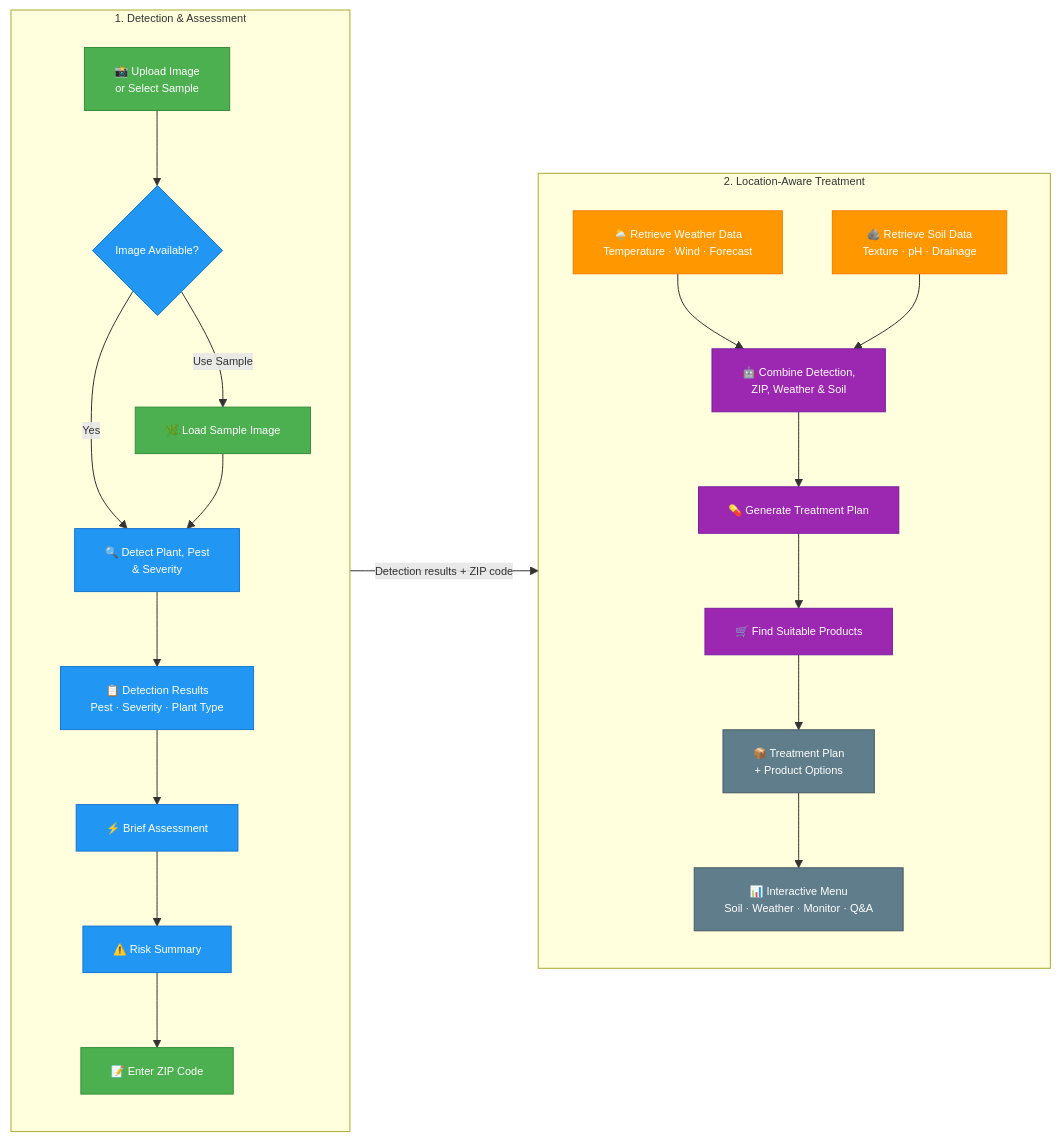
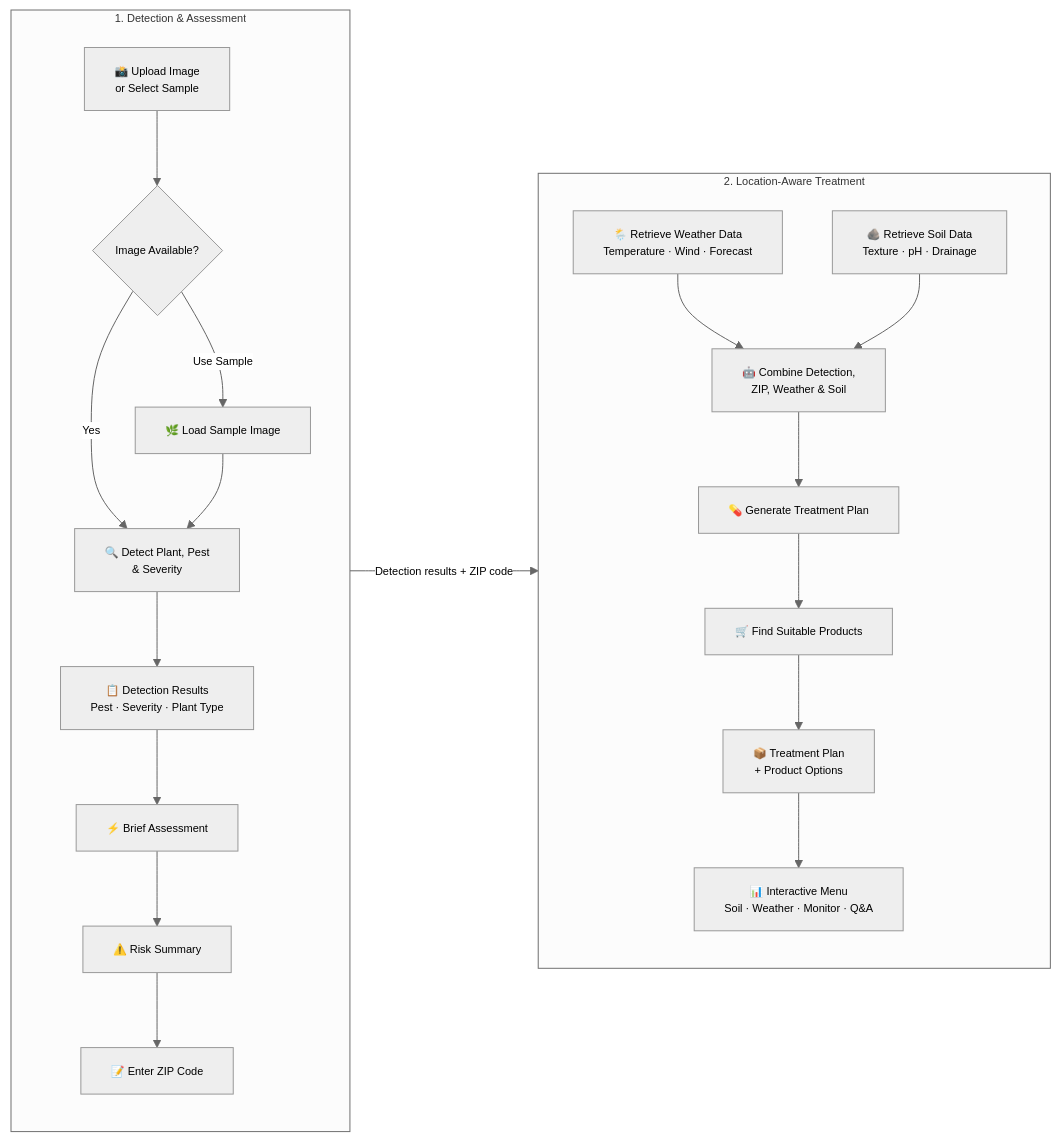
One commit to the-write-path-code/ch09-plant-doctor changed the diagram in workflow/01_agentic_detection_flow.md. Above: the diagram before and after it, drawn with Mermaid.

Commit message:
Modify Mermaid diagram settings and styles
Updated the Mermaid diagram initialization settings and removed class definitions for styling elements.

````diff
--- a/workflow/01_agentic_detection_flow.md
+++ b/workflow/01_agentic_detection_flow.md
@@ -7,49 +7,38 @@
 ```mermaid
-%%{init: {"themeVariables": {"fontFamily": "Arial, Helvetica, sans-serif", "fontSize": "11px", "actorFontSize": "11px", "noteFontSize": "10px", "messageFontSize": "10px"}}}%%
+%%{init: {"theme": "neutral", "themeVariables": {"fontFamily": "Arial, Helvetica, sans-serif", "fontSize": "11px", "actorFontSize": "11px", "noteFontSize": "10px", "messageFontSize": "10px"}}}%%
 flowchart LR
     subgraph DET["1. Detection & Assessment"]
         direction TB
         A["📸 Upload Image<br/>or Select Sample"]
         B{"Image Available?"}
         C["🌿 Load Sample Image"]
         D["🔍 Detect Plant, Pest<br/>& Severity"]
         E["📋 Detection Results<br/>Pest · Severity · Plant Type"]
         F["⚡ Brief Assessment"]
         G["⚠️ Risk Summary"]
         H["📝 Enter ZIP Code"]
 
         A --> B
         B -- Yes --> D
         B -- Use Sample --> C --> D
         D --> E --> F --> G --> H
     end
 
     subgraph TRT["2. Location-Aware Treatment"]
         direction TB
         I["🌦️ Retrieve Weather Data<br/>Temperature · Wind · Forecast"]
         J["🪨 Retrieve Soil Data<br/>Texture · pH · Drainage"]
         K["🤖 Combine Detection,<br/>ZIP, Weather & Soil"]
         L["💊 Generate Treatment Plan"]
         M["🛒 Find Suitable Products"]
         N["📦 Treatment Plan<br/>+ Product Options"]
         O["📊 Interactive Menu<br/>Soil · Weather · Monitor · Q&A"]
 
         I --> K
         J --> K
         K --> L --> M --> N --> O
     end
 
     DET -->|"Detection results + ZIP code"| TRT
 
-    classDef input fill:#4CAF50,color:#fff,stroke:#388E3C
-    classDef detect fill:#2196F3,color:#fff,stroke:#1976D2
-    classDef context fill:#FF9800,color:#fff,stroke:#F57C00
-    classDef agent fill:#9C27B0,color:#fff,stroke:#7B1FA2
-    classDef output fill:#607D8B,color:#fff,stroke:#455A64
-
-    class A,C,H input
-    class B,D,E,F,G detect
-    class I,J context
-    class K,L,M agent
-    class N,O output
 ```
````
